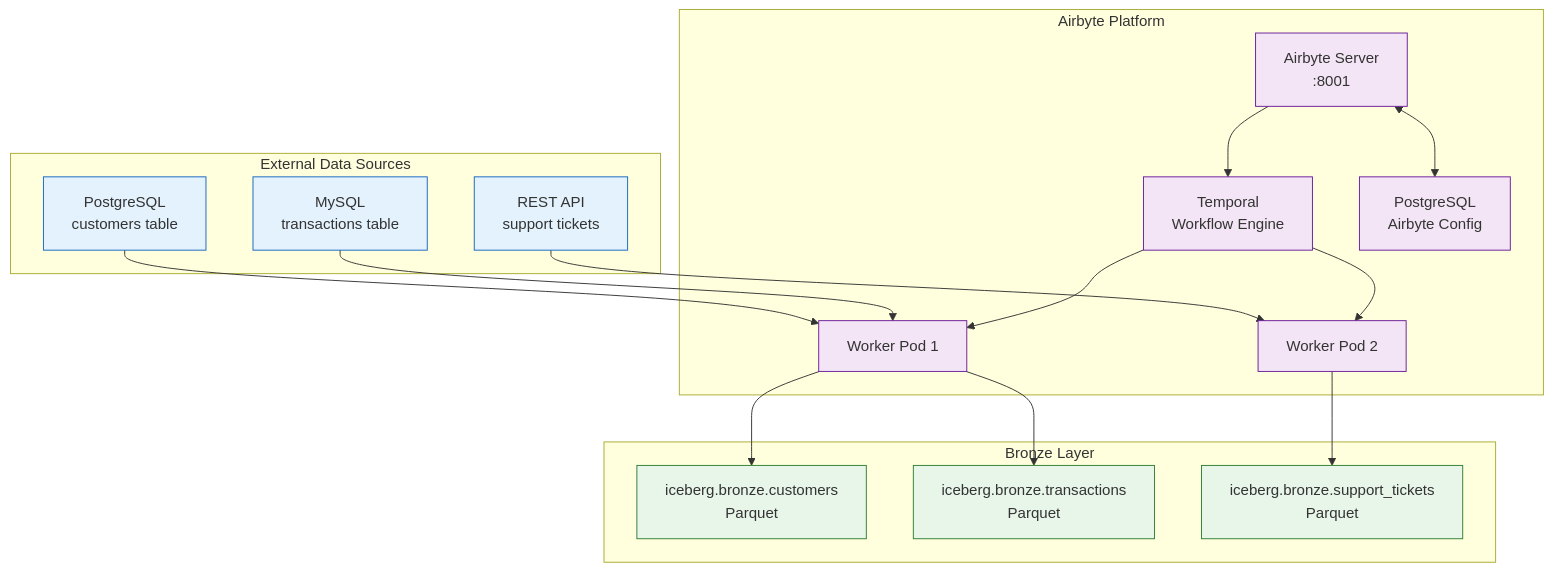
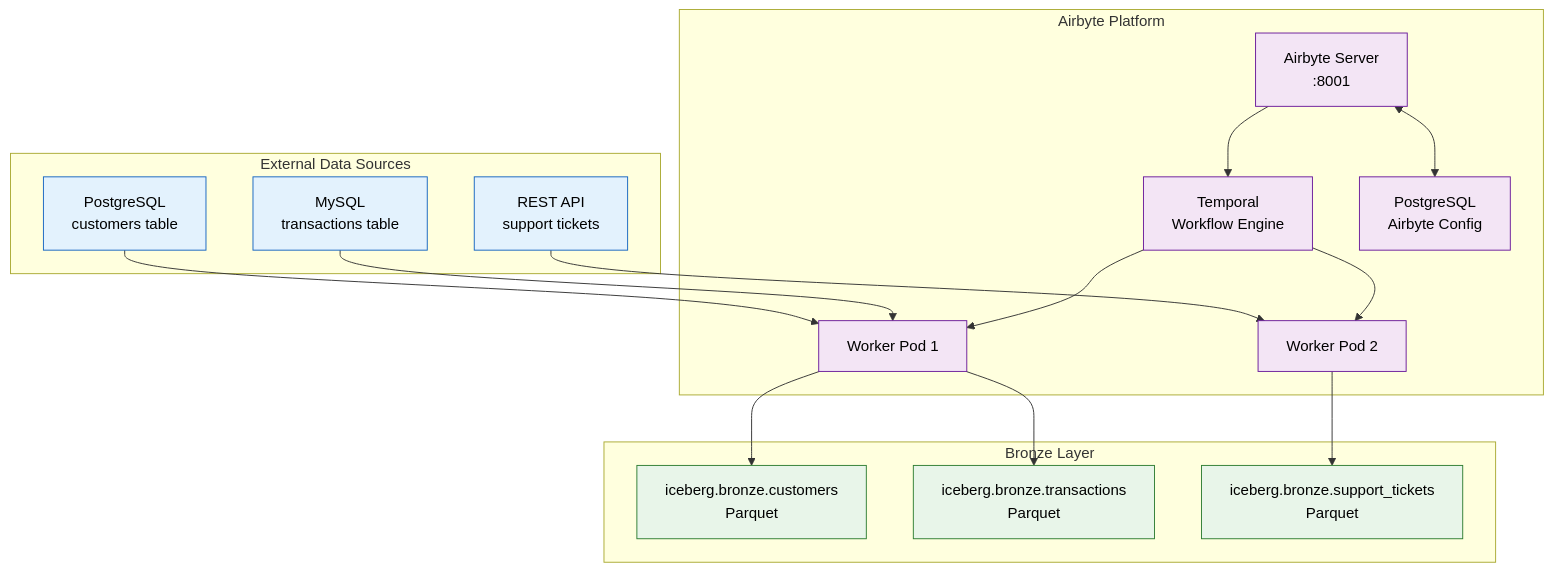
The fourth of 19 diagrams in docs/COMPLETE_ARCHITECTURE.md (snowcell-cloud/asgard), drawn with Mermaid before and after one commit. The commit also changed other lines of this file, not shown here.

Commit message:
fix: Update mermaid class definitions for consistent color styling in COMPLETE_ARCHITECTURE.md

````diff
--- a/docs/COMPLETE_ARCHITECTURE.md
+++ b/docs/COMPLETE_ARCHITECTURE.md
@@ -384,43 +384,43 @@
 ```mermaid
 flowchart TB
     subgraph External["External Data Sources"]
         Source1["PostgreSQL\ncustomers table"]
         Source2["MySQL\ntransactions table"]
         Source3["REST API\nsupport tickets"]
     end
 
     subgraph Airbyte["Airbyte Platform"]
         Server["Airbyte Server\n:8001"]
         Temporal["Temporal\nWorkflow Engine"]
         Worker1["Worker Pod 1"]
         Worker2["Worker Pod 2"]
         Database["PostgreSQL\nAirbyte Config"]
     end
 
     subgraph Bronze["Bronze Layer"]
         Table1["iceberg.bronze.customers\nParquet"]
         Table2["iceberg.bronze.transactions\nParquet"]
         Table3["iceberg.bronze.support_tickets\nParquet"]
     end
 
     Source1 --> Worker1
     Source2 --> Worker1
     Source3 --> Worker2
 
     Server --> Temporal
     Temporal --> Worker1
     Temporal --> Worker2
     Server <--> Database
 
     Worker1 --> Table1
     Worker1 --> Table2
     Worker2 --> Table3
 
-    classDef sourceStyle fill:#e3f2fd,stroke:#1565c0
-    classDef airbyteStyle fill:#f3e5f5,stroke:#6a1b9a
-    classDef dataStyle fill:#e8f5e9,stroke:#2e7d32
+    classDef sourceStyle fill:#e3f2fd,stroke:#1565c0,color:#000
+    classDef airbyteStyle fill:#f3e5f5,stroke:#6a1b9a,color:#000
+    classDef dataStyle fill:#e8f5e9,stroke:#2e7d32,color:#000
 
     class Source1,Source2,Source3 sourceStyle
     class Server,Temporal,Worker1,Worker2,Database airbyteStyle
     class Table1,Table2,Table3 dataStyle
 ```
````
